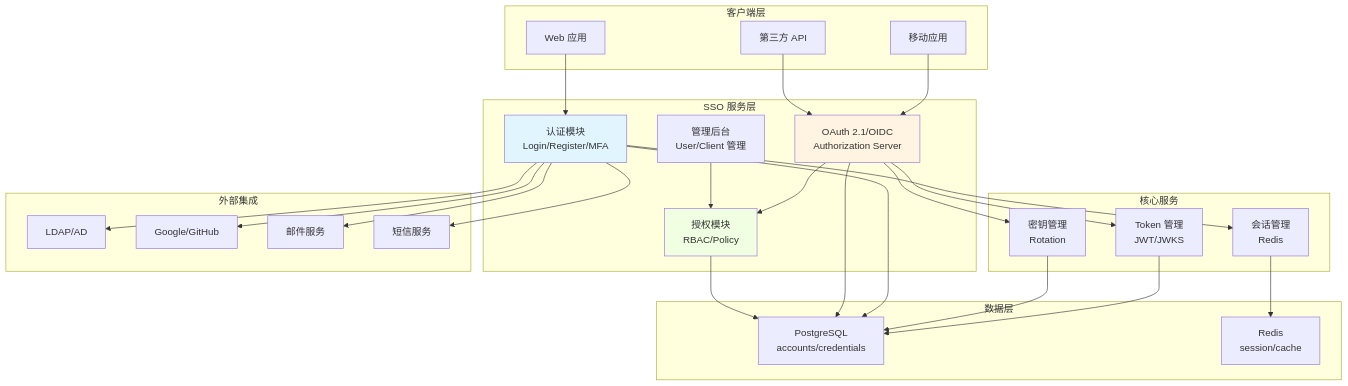
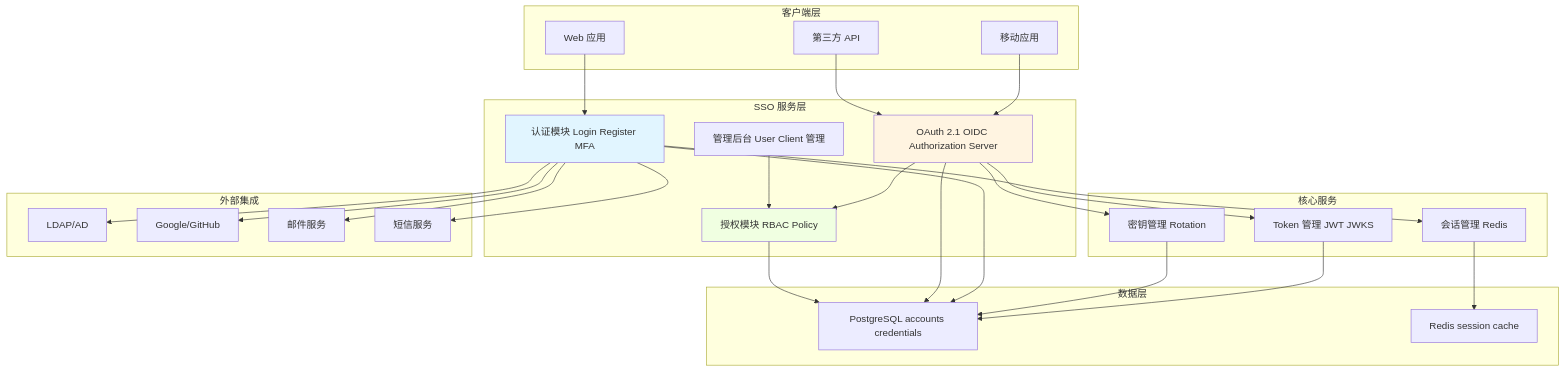
One commit to rushairer/gosso changed the first of 17 diagrams in doc/TODO.md. Above: the diagram before and after it, drawn with Mermaid. The commit also changed other lines of this file, not shown here.

````diff
--- a/doc/TODO.md
+++ b/doc/TODO.md
@@ -9,60 +9,60 @@
 ```mermaid
 graph TB
     subgraph "客户端层"
         WEB["Web 应用"]
         MOBILE["移动应用"]
         API["第三方 API"]
     end
     
     subgraph "SSO 服务层"
-        AUTHN["认证模块<br/>Login/Register/MFA"]
-        OAUTH["OAuth 2.1/OIDC<br/>Authorization Server"]
-        AUTHZ["授权模块<br/>RBAC/Policy"]
-        ADMIN["管理后台<br/>User/Client 管理"]
+        AUTHN["认证模块 Login Register MFA"]
+        OAUTH["OAuth 2.1 OIDC Authorization Server"]
+        AUTHZ["授权模块 RBAC Policy"]
+        ADMIN["管理后台 User Client 管理"]
     end
     
     subgraph "核心服务"
-        SESSION["会话管理<br/>Redis"]
-        TOKEN["Token 管理<br/>JWT/JWKS"]
-        CRYPTO["密钥管理<br/>Rotation"]
+        SESSION["会话管理 Redis"]
+        TOKEN["Token 管理 JWT JWKS"]
+        CRYPTO["密钥管理 Rotation"]
     end
     
     subgraph "数据层"
-        PG["PostgreSQL<br/>accounts/credentials"]
-        REDIS["Redis<br/>session/cache"]
+        PG["PostgreSQL accounts credentials"]
+        REDIS["Redis session cache"]
     end
     
     subgraph "外部集成"
         LDAP["LDAP/AD"]
         SOCIAL["Google/GitHub"]
         SMTP["邮件服务"]
         SMS["短信服务"]
     end
     
     WEB --> AUTHN
     MOBILE --> OAUTH
     API --> OAUTH
     
     AUTHN --> SESSION
     AUTHN --> LDAP
     AUTHN --> SOCIAL
     AUTHN --> SMTP
     AUTHN --> SMS
     
     OAUTH --> TOKEN
     OAUTH --> CRYPTO
     OAUTH --> AUTHZ
     
     ADMIN --> AUTHZ
     
     SESSION --> REDIS
     TOKEN --> PG
     CRYPTO --> PG
     AUTHN --> PG
     OAUTH --> PG
     AUTHZ --> PG
     
     style AUTHN fill:#e1f5ff
     style OAUTH fill:#fff4e1
     style AUTHZ fill:#f0ffe1
 ```
````
